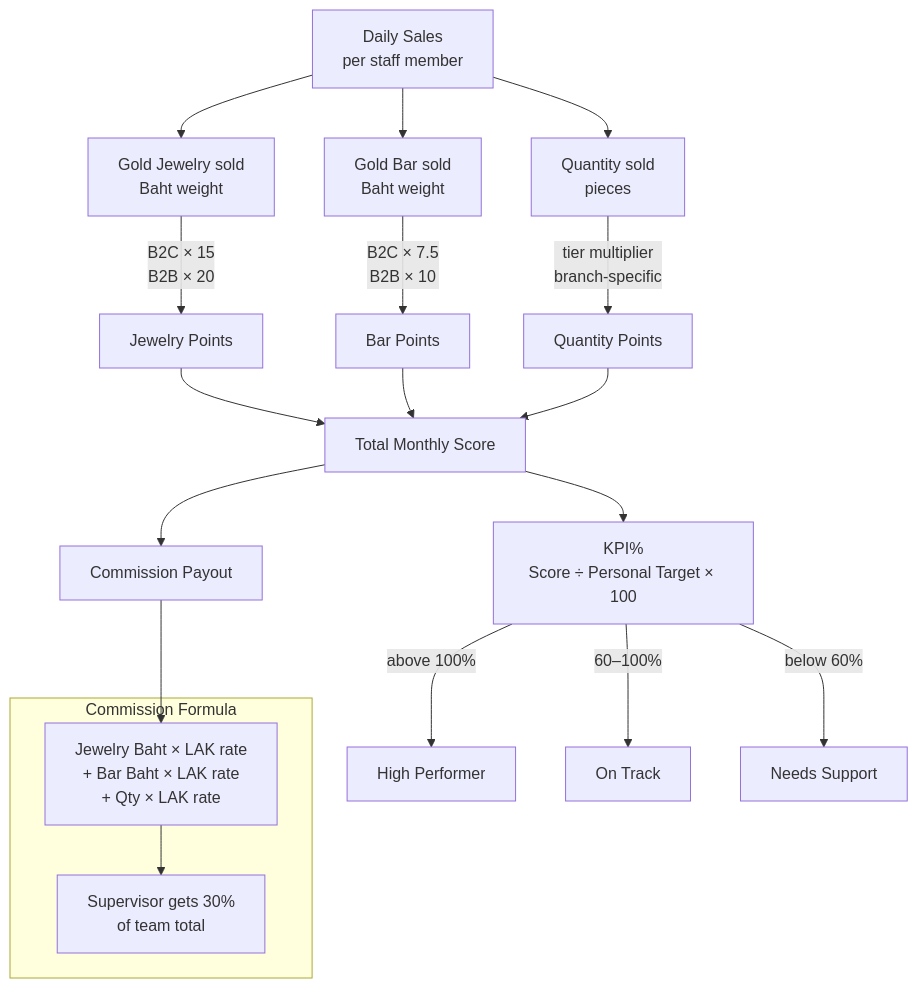
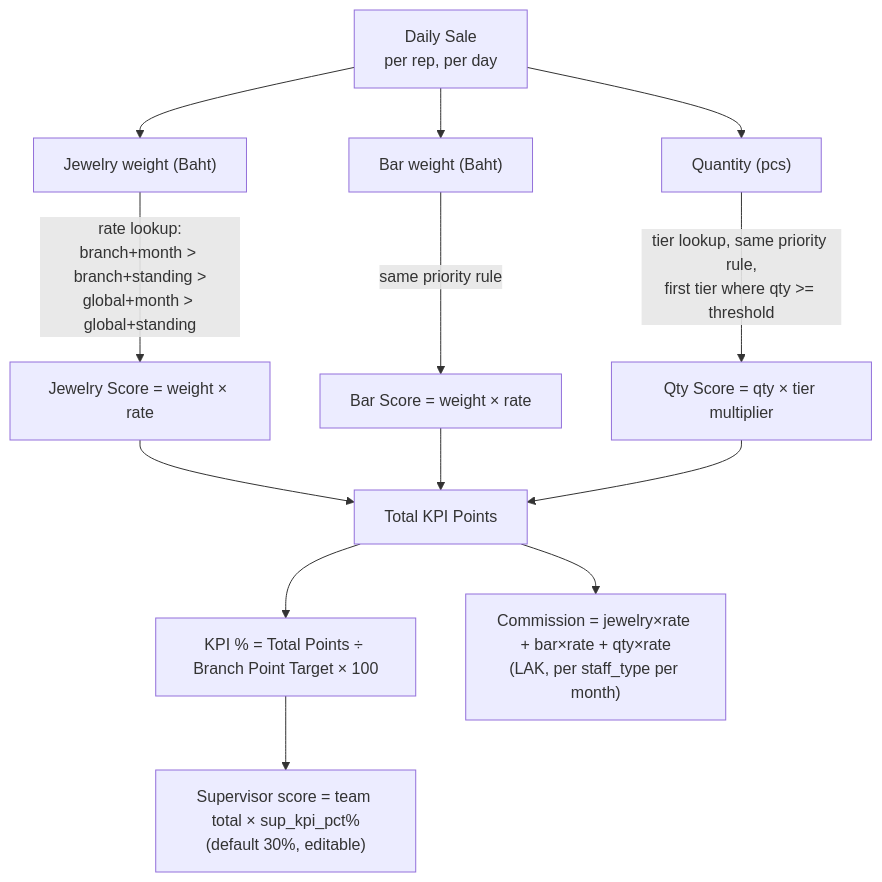
The sixth of 6 diagrams in FLOWCHART.md (Tocknpn/KPV_KPI_tracking), drawn with Mermaid before and after one commit. The commit also changed other lines of this file and 16 other files, not shown here.

First line of the commit message:
Add Go-Live Guidebook and Installation Guide for SalesTrack Pro

````diff
--- a/FLOWCHART.md
+++ b/FLOWCHART.md
@@ -201,30 +139,17 @@
 ```mermaid
 flowchart TD
-    SALE["Daily Sales\nper staff member"]
+    SALE["Daily Sale\nper rep, per day"]
+    SALE --> J["Jewelry weight (Baht)"]
+    SALE --> B["Bar weight (Baht)"]
+    SALE --> Q["Quantity (pcs)"]
 
-    SALE --> J["Gold Jewelry sold\nBaht weight"]
-    SALE --> B["Gold Bar sold\nBaht weight"]
-    SALE --> Q["Quantity sold\npieces"]
+    J -->|"rate lookup:\nbranch+month > branch+standing >\nglobal+month > global+standing"| PJ["Jewelry Score = weight × rate"]
+    B -->|"same priority rule"| PB["Bar Score = weight × rate"]
+    Q -->|"tier lookup, same priority rule,\nfirst tier where qty >= threshold"| PQ["Qty Score = qty × tier multiplier"]
 
-    J -->|"B2C × 15\nB2B × 20"| PJ["Jewelry Points"]
-    B -->|"B2C × 7.5\nB2B × 10"| PB["Bar Points"]
-    Q -->|"tier multiplier\nbranch-specific"| PQ["Quantity Points"]
+    PJ & PB & PQ --> TOTAL["Total KPI Points"]
+    TOTAL --> KPIPCT["KPI % = Total Points ÷ Branch Point Target × 100"]
 
-    PJ & PB & PQ --> TOTAL["Total Monthly Score"]
-
-    TOTAL --> KPI["KPI%\nScore ÷ Personal Target × 100"]
-
-    KPI -->|"above 100%"| GREEN["High Performer"]
-    KPI -->|"60–100%"| YELLOW["On Track"]
-    KPI -->|"below 60%"| RED["Needs Support"]
-
-    TOTAL --> COMM["Commission Payout"]
-
-    subgraph COMM_CALC["Commission Formula"]
-        C1["Jewelry Baht × LAK rate\n+ Bar Baht × LAK rate\n+ Qty × LAK rate"]
-        C2["Supervisor gets 30%\nof team total"]
-    end
-
-    COMM --> C1
-    C1 --> C2
+    KPIPCT --> SUP["Supervisor score = team total × sup_kpi_pct%\n(default 30%, editable)"]
+    TOTAL --> COMM["Commission = jewelry×rate + bar×rate + qty×rate\n(LAK, per staff_type per month)"]
 ```
````
